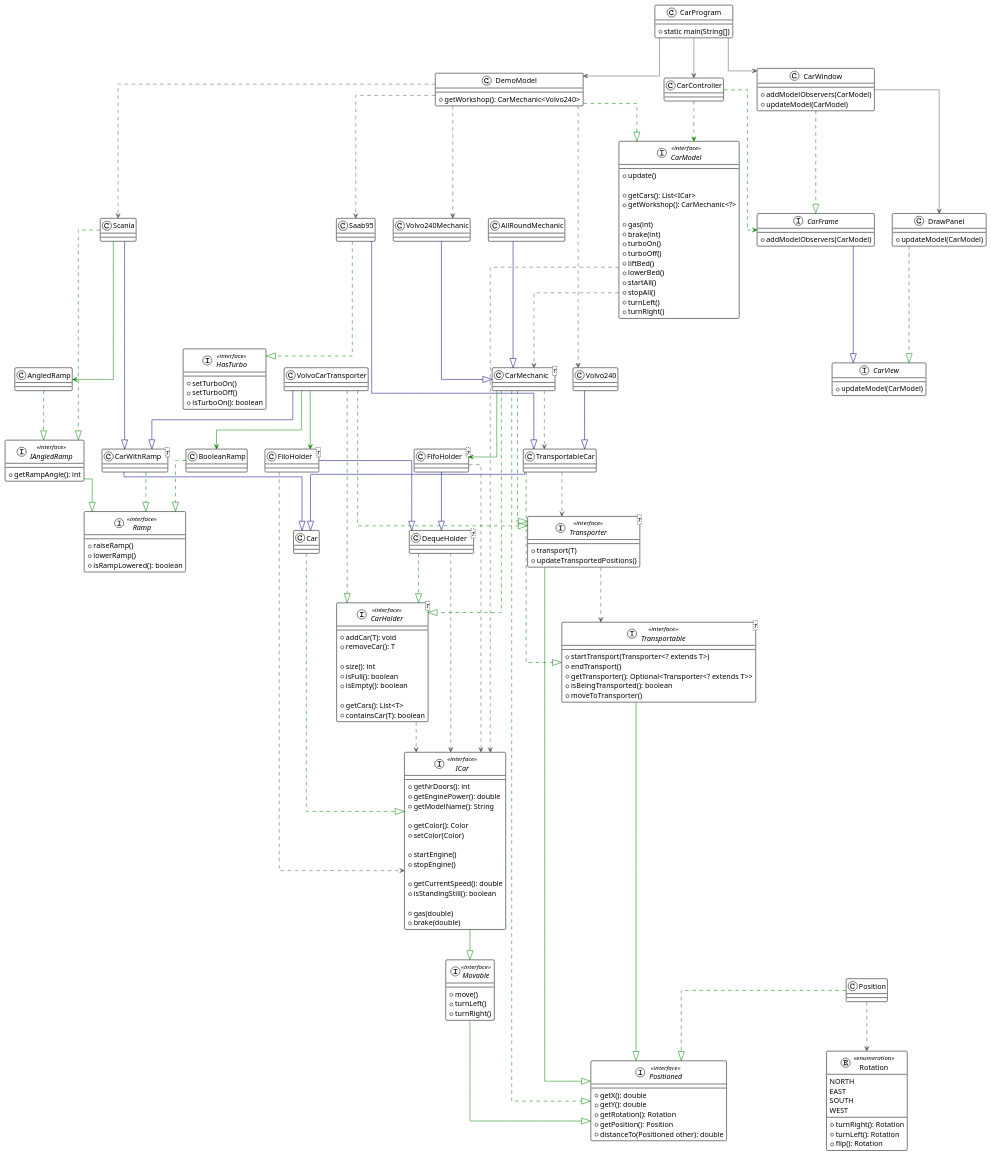
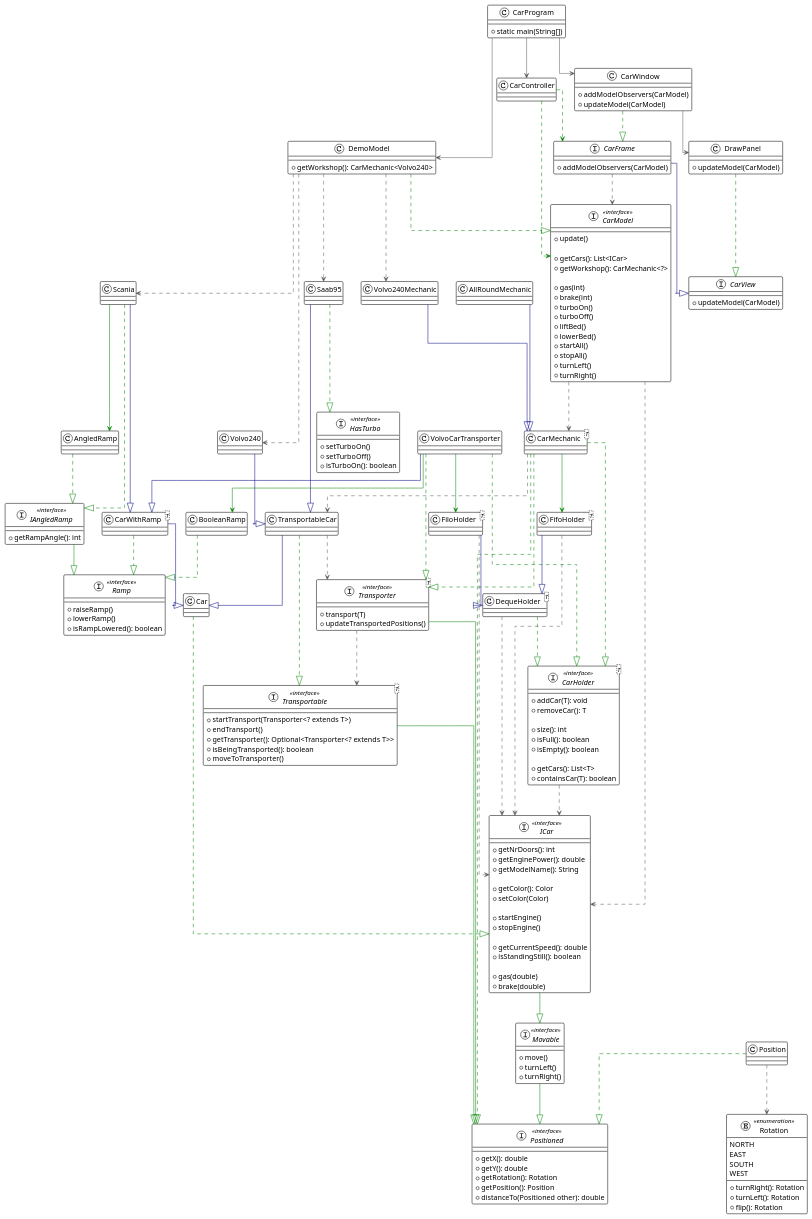
The diagram in diagrams/MVC.puml (ebbakuylenstierna/oopd-Lab), drawn with PlantUML before and after one commit. The commit also changed 1 other file, not shown here.

Commit message:
Update MVC UML diagram

```diff
--- a/diagrams/MVC.puml
+++ b/diagrams/MVC.puml
@@ -1,192 +1,193 @@
 @startuml
 
 !theme plain
 top to bottom direction
 skinparam linetype ortho
 
 class AllRoundMechanic
 class AngledRamp
 class BooleanRamp
 class Car
 class CarProgram {
     + static main(String[])
 }
 class CarController
 interface CarModel << interface >> {
     + update()
 
     + getCars(): List<ICar>
     + getWorkshop(): CarMechanic<?>
 
     + gas(int)
     + brake(int)
     + turboOn()
     + turboOff()
     + liftBed()
     + lowerBed()
     + startAll()
     + stopAll()
     + turnLeft()
     + turnRight()
 }
 class DemoModel {
     + getWorkshop(): CarMechanic<Volvo240>
 }
 interface CarHolder<T> << interface >> {
     + addCar(T): void
     + removeCar(): T
 
     + size(): int
     + isFull(): boolean
     + isEmpty(): boolean
 
     + getCars(): List<T>
     + containsCar(T): boolean
 }
 class CarMechanic<T>
 interface CarView {
     + updateModel(CarModel)
 }
 interface CarFrame {
     + addModelObservers(CarModel)
 }
 class CarWindow {
     + addModelObservers(CarModel)
     + updateModel(CarModel)
 }
 class CarWithRamp<T>
 class DequeHolder<T>
 class DrawPanel {
     + updateModel(CarModel)
 }
 class FifoHolder<T>
 class FiloHolder<T>
 interface HasTurbo << interface >> {
     + setTurboOn()
     + setTurboOff()
     + isTurboOn(): boolean
 }
 interface IAngledRamp << interface >> {
     + getRampAngle(): int
 }
 interface ICar << interface >> {
     + getNrDoors(): int
     + getEnginePower(): double
     + getModelName(): String
 
     + getColor(): Color
     + setColor(Color)
 
     + startEngine()
     + stopEngine()
 
     + getCurrentSpeed(): double
     + isStandingStill(): boolean
 
     + gas(double)
     + brake(double)
 }
 interface Movable << interface >> {
     + move()
     + turnLeft()
     + turnRight()
 }
 class Position
 interface Positioned << interface >> {
     + getX(): double
     + getY(): double
     + getRotation(): Rotation
     + getPosition(): Position
     + distanceTo(Positioned other): double
 }
 interface Ramp << interface >> {
     + raiseRamp()
     + lowerRamp()
     + isRampLowered(): boolean
 }
 enum Rotation << enumeration >> {
     NORTH
     EAST
     SOUTH
     WEST
 
     + turnRight(): Rotation
     + turnLeft(): Rotation
     + flip(): Rotation
 }
 class Saab95
 class Scania
 interface Transportable<T> << interface >> {
     + startTransport(Transporter<? extends T>)
     + endTransport()
     + getTransporter(): Optional<Transporter<? extends T>>
     + isBeingTransported(): boolean
     + moveToTransporter()
 }
 class TransportableCar
 interface Transporter<T> << interface >> {
     + transport(T)
     + updateTransportedPositions()
 }
 class Volvo240
 class Volvo240Mechanic
 class VolvoCarTransporter
 
 AllRoundMechanic     -[#000082,plain]-^  CarMechanic
 AngledRamp           -[#008200,dashed]-^  IAngledRamp
 BooleanRamp          -[#008200,dashed]-^  Ramp
 Car                  -[#008200,dashed]-^  ICar
 CarHolder            -[#595959,dashed]->  ICar
 CarMechanic          -[#008200,dashed]-^  CarHolder
 CarMechanic          -[#008200,dashed]-^  Positioned
 CarMechanic          -[#595959,dashed]->  TransportableCar
 CarMechanic          -[#008200,dashed]-^  Transporter
 CarWithRamp          -[#000082,plain]-^  Car
 CarWithRamp          -[#008200,dashed]-^  Ramp
 DequeHolder          -[#008200,dashed]-^  CarHolder
 DequeHolder          -[#595959,dashed]->  ICar
 FifoHolder           -[#000082,plain]-^  DequeHolder
 FifoHolder           -[#595959,dashed]->  ICar
 FiloHolder           -[#000082,plain]-^  DequeHolder
 FiloHolder           -[#595959,dashed]->  ICar
 IAngledRamp          -[#008200,plain]-^  Ramp
 ICar                 -[#008200,plain]-^  Movable
 Movable              -[#008200,plain]-^  Positioned
 Position             -[#008200,dashed]-^  Positioned
 Saab95               -[#008200,dashed]-^  HasTurbo
 Saab95               -[#000082,plain]-^  TransportableCar
 Scania               -[#000082,plain]-^  CarWithRamp
 Scania               -[#008200,dashed]-^  IAngledRamp
 Transportable        -[#008200,plain]-^  Positioned
 TransportableCar     -[#000082,plain]-^  Car
 TransportableCar     -[#008200,dashed]-^  Transportable
 Transporter          -[#008200,plain]-^  Positioned
 Transporter          -[#595959,dashed]->  Transportable
 Volvo240             -[#000082,plain]-^  TransportableCar
 Volvo240Mechanic     -[#000082,plain]-^  CarMechanic
 VolvoCarTransporter  -[#008200,dashed]-^  CarHolder
 VolvoCarTransporter  -[#000082,plain]-^  CarWithRamp
 VolvoCarTransporter  -[#008200,dashed]-^  Transporter
 CarWindow            -[#595959,plain]->   DrawPanel
 DemoModel            -[#595959,dashed]->  Volvo240
 DemoModel            -[#595959,dashed]->  Saab95
 DemoModel            -[#595959,dashed]->  Scania
 DemoModel            -[#595959,dashed]->  Volvo240Mechanic
 CarController           -[#008200,dashed]->  CarFrame
 CarController           -[#008200,dashed]->  CarModel
 CarProgram           -[#595959,plain]->  CarWindow
 CarProgram           -[#595959,plain]->  DemoModel
 CarProgram           -[#595959,plain]->  CarController
 Position             -[#595959,dashed]->  Rotation
 VolvoCarTransporter  -[#008200,plain]->  BooleanRamp
 Scania               -[#008200,plain]->  AngledRamp
 CarMechanic          -[#008200,plain]->  FifoHolder
 VolvoCarTransporter  -[#008200,plain]->  FiloHolder
 TransportableCar     -[#595959,dashed]->  Transporter
 CarModel             -[#595959,dashed]->  ICar
 CarModel             -[#595959,dashed]->  CarMechanic
 CarWindow            -[#008200,dashed]-^   CarFrame
+CarFrame            -[#595959,dashed]->   CarModel
 CarFrame             -[#000082,plain]-^   CarView
 DrawPanel            -[#008200,dashed]-^   CarView
 DemoModel            -[#008200,dashed]-^   CarModel
 @enduml
```
